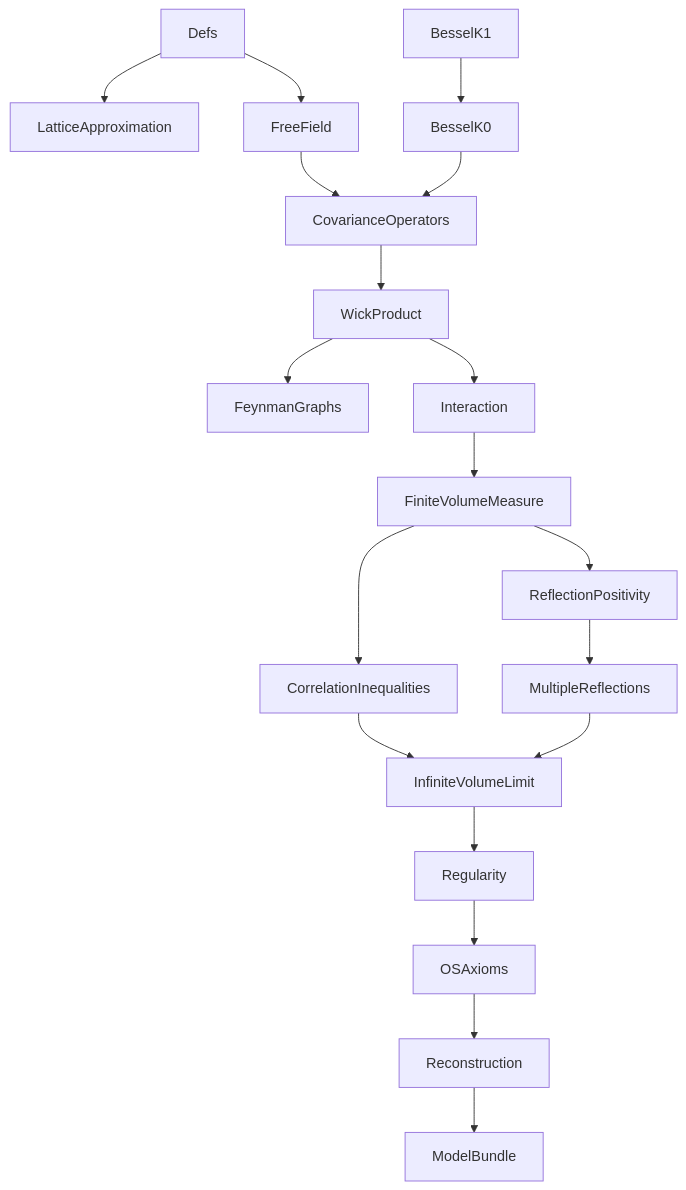
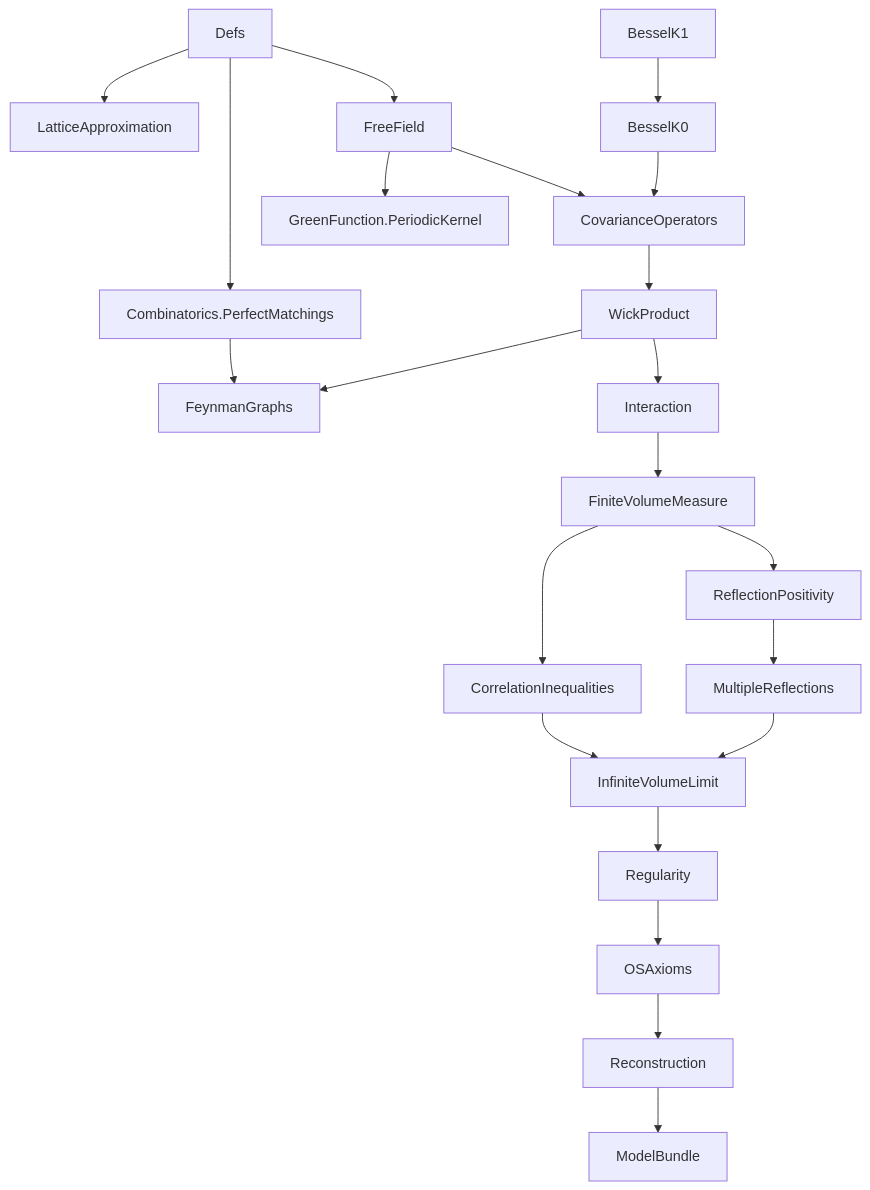
One commit to xiyin137/Phi4 changed the first of 3 diagrams in TODO.md. Above: the diagram before and after it, drawn with Mermaid. The commit also changed other lines of this file and 14 other files, not shown here.

````diff
--- a/TODO.md
+++ b/TODO.md
@@ -25,19 +61,22 @@
 ```mermaid
 flowchart TD
   Defs[Defs] --> Lattice[LatticeApproximation]
+  Defs[Defs] --> PMatch[Combinatorics.PerfectMatchings]
   Defs[Defs] --> FreeField[FreeField]
+  FreeField --> GPer[GreenFunction.PeriodicKernel]
   BesselK1[BesselK1] --> BesselK0[BesselK0] --> CovOps[CovarianceOperators]
   FreeField --> CovOps --> Wick[WickProduct]
+  PMatch --> Graphs[FeynmanGraphs]
   Wick --> Graphs[FeynmanGraphs]
   Wick --> Interaction[Interaction]
   Interaction --> FVM[FiniteVolumeMeasure]
   FVM --> Corr[CorrelationInequalities]
   FVM --> RP[ReflectionPositivity]
   RP --> MultiRef[MultipleReflections]
   Corr --> InfVol[InfiniteVolumeLimit]
   MultiRef --> InfVol
   InfVol --> Reg[Regularity]
   Reg --> OSAx[OSAxioms]
   OSAx --> Recon[Reconstruction]
   Recon --> Bundle[ModelBundle]
 ```
````
